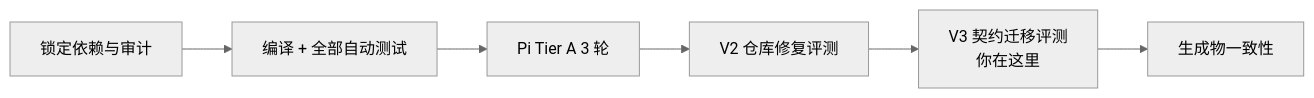
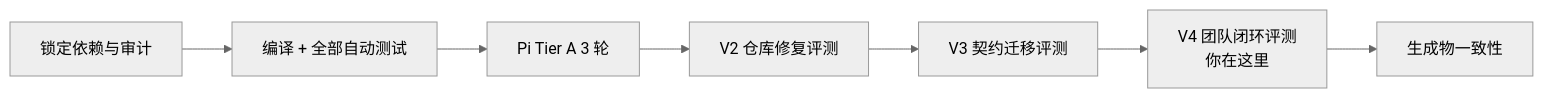
Before and after one commit to LarryBUPT/A-Pidoc: the diagram in docs/verification.md, drawn with Mermaid (neutral theme). The commit also changed other lines of this file and 22 other files, not shown here.

````diff
--- a/docs/verification.md
+++ b/docs/verification.md
@@ -7,8 +7,9 @@
 ```mermaid
 flowchart LR
     A[锁定依赖与审计] --> B[编译 + 全部自动测试]
     B --> C[Pi Tier A 3 轮]
     C --> D[V2 仓库修复评测]
-    D --> E[V3 契约迁移评测<br/>你在这里]
-    E --> F[生成物一致性]
+    D --> E[V3 契约迁移评测]
+    E --> F[V4 团队闭环评测<br/>你在这里]
+    F --> G[生成物一致性]
 ```
````
